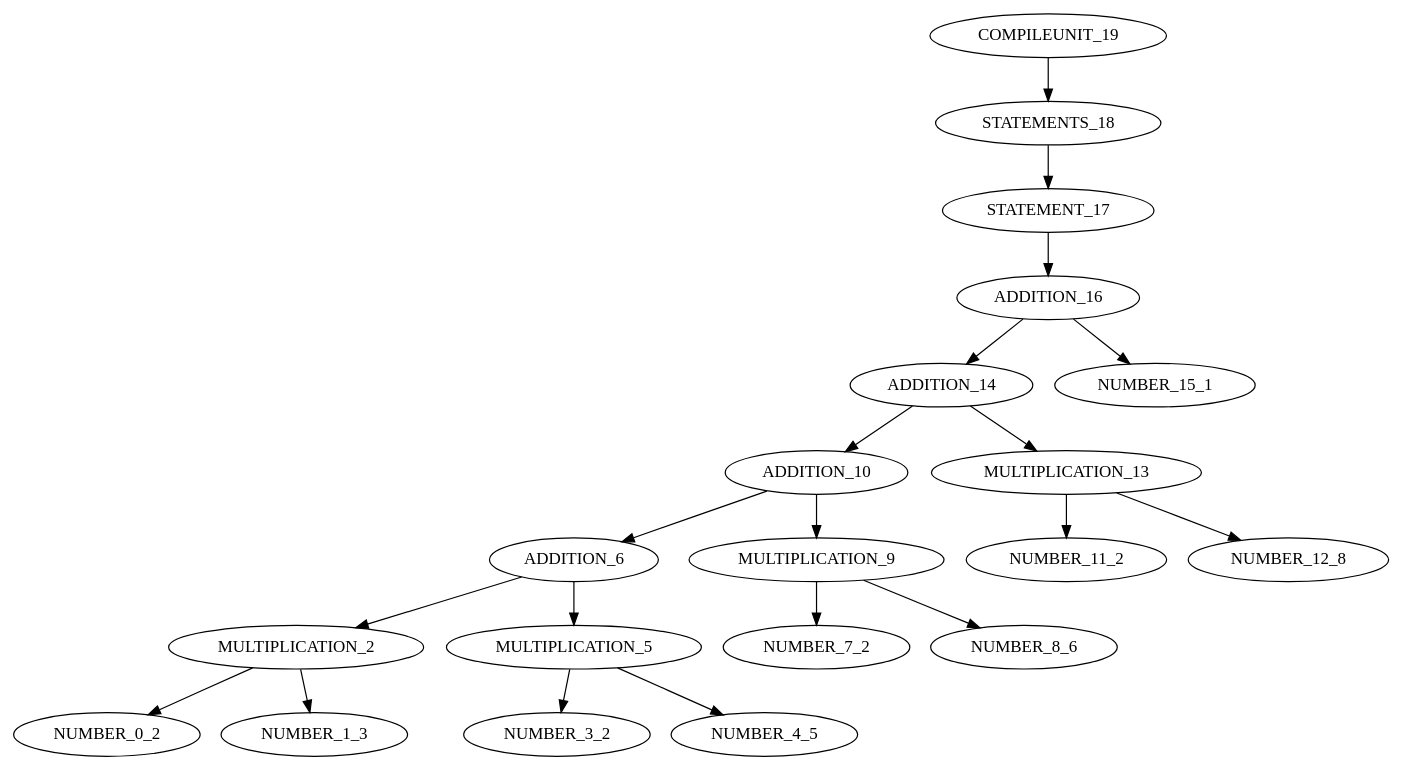
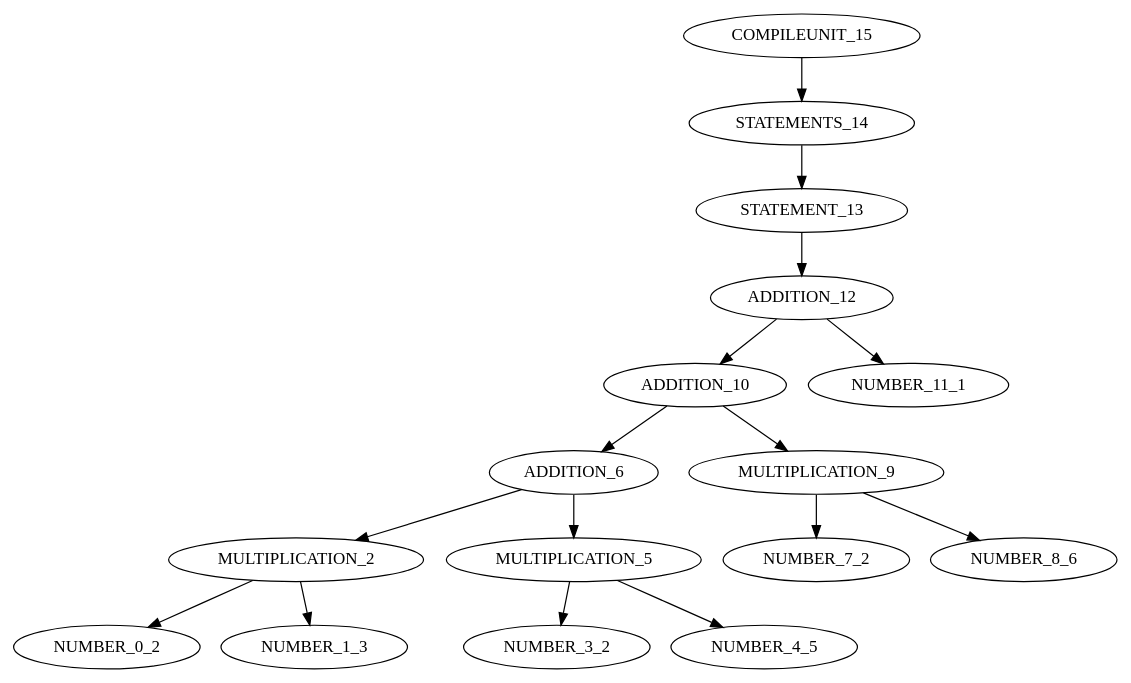
Before and after one commit to GBenakidis/Factorization-Compilers: the diagram in stree.dot, drawn with Graphviz. The commit also changed 7 other files, not shown here.

```diff
--- a/stree.dot
+++ b/stree.dot
@@ -1,21 +1,17 @@
 digraph G{ 
-"COMPILEUNIT_19"->"STATEMENTS_18";
-"STATEMENTS_18"->"STATEMENT_17";
-"STATEMENT_17"->"ADDITION_16";
-"ADDITION_16"->"ADDITION_14";
-"ADDITION_14"->"ADDITION_10";
+"COMPILEUNIT_15"->"STATEMENTS_14";
+"STATEMENTS_14"->"STATEMENT_13";
+"STATEMENT_13"->"ADDITION_12";
+"ADDITION_12"->"ADDITION_10";
 "ADDITION_10"->"ADDITION_6";
 "ADDITION_6"->"MULTIPLICATION_2";
 "MULTIPLICATION_2"->"NUMBER_0_2";
 "MULTIPLICATION_2"->"NUMBER_1_3";
 "ADDITION_6"->"MULTIPLICATION_5";
 "MULTIPLICATION_5"->"NUMBER_3_2";
 "MULTIPLICATION_5"->"NUMBER_4_5";
 "ADDITION_10"->"MULTIPLICATION_9";
 "MULTIPLICATION_9"->"NUMBER_7_2";
 "MULTIPLICATION_9"->"NUMBER_8_6";
-"ADDITION_14"->"MULTIPLICATION_13";
-"MULTIPLICATION_13"->"NUMBER_11_2";
-"MULTIPLICATION_13"->"NUMBER_12_8";
-"ADDITION_16"->"NUMBER_15_1";
+"ADDITION_12"->"NUMBER_11_1";
 }
```
